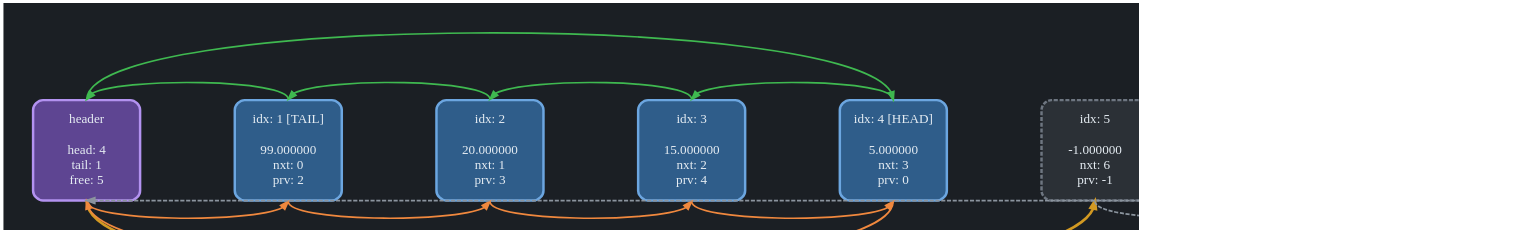
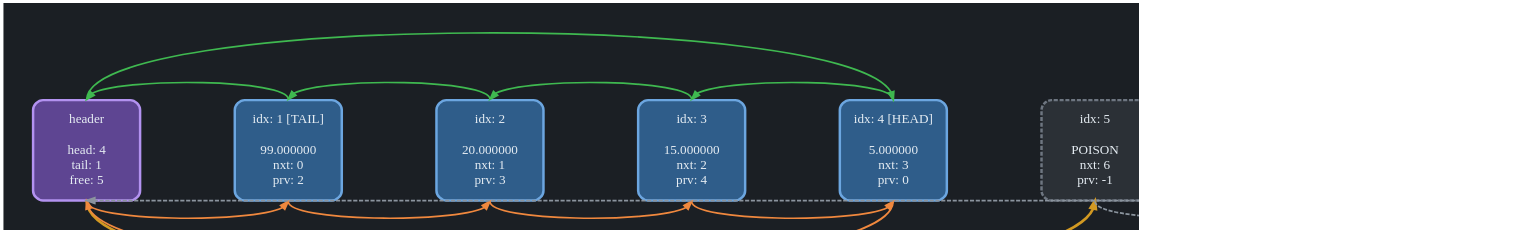
One commit to OkulovDmitry/Doubly-Linked-List changed the diagram in dot_of_dumps/dump3_arcs.dot. Above: the diagram before and after it, drawn with Graphviz. The commit also changed 15 other files, not shown here.

```diff
--- a/dot_of_dumps/dump3_arcs.dot
+++ b/dot_of_dumps/dump3_arcs.dot
@@ -1,35 +1,35 @@
 digraph list {
   graph [dpi=100, bgcolor="#1B1F24", splines=true, pad=0.5, nodesep=1.6, ranksep=1.5];
   node  [shape=rectangle, style="rounded,filled", fontcolor="#E6EDF3", fontsize=16, width=1.8, height=1.7, fixedsize=true, penwidth=3];
   edge  [penwidth=2, arrowsize=1.0];
   cell0 [fillcolor="#5e4592", color="#B392F0", label="header\n\nhead: 4\ntail: 1\nfree: 5"];
   cell1 [fillcolor="#2F5D8A", color="#6CA6E0", label="idx: 1 [TAIL]\n\n99.000000\nnxt: 0\nprv: 2"];
   cell2 [fillcolor="#2F5D8A", color="#6CA6E0", label="idx: 2\n\n20.000000\nnxt: 1\nprv: 3"];
   cell3 [fillcolor="#2F5D8A", color="#6CA6E0", label="idx: 3\n\n15.000000\nnxt: 2\nprv: 4"];
   cell4 [fillcolor="#2F5D8A", color="#6CA6E0", label="idx: 4 [HEAD]\n\n5.000000\nnxt: 3\nprv: 0"];
-  cell5 [fillcolor="#2B3036", color="#6E7681", style="rounded,filled,dashed", label="idx: 5\n\n-1.000000\nnxt: 6\nprv: -1"];
-  cell6 [fillcolor="#2B3036", color="#6E7681", style="rounded,filled,dashed", label="idx: 6\n\n-1.000000\nnxt: 7\nprv: -1"];
-  cell7 [fillcolor="#2B3036", color="#6E7681", style="rounded,filled,dashed", label="idx: 7\n\n-1.000000\nnxt: 0\nprv: -1"];
+  cell5 [fillcolor="#2B3036", color="#6E7681", style="rounded,filled,dashed", label="idx: 5\n\nPOISON\nnxt: 6\nprv: -1"];
+  cell6 [fillcolor="#2B3036", color="#6E7681", style="rounded,filled,dashed", label="idx: 6\n\nPOISON\nnxt: 7\nprv: -1"];
+  cell7 [fillcolor="#2B3036", color="#6E7681", style="rounded,filled,dashed", label="idx: 7\n\nPOISON\nnxt: 0\nprv: -1"];
   { rank=same; cell0; cell1; cell2; cell3; cell4; cell5; cell6; cell7; }
   cell0 -> cell1 [style=invis, weight=100];
   cell1 -> cell2 [style=invis, weight=100];
   cell2 -> cell3 [style=invis, weight=100];
   cell3 -> cell4 [style=invis, weight=100];
   cell4 -> cell5 [style=invis, weight=100];
   cell5 -> cell6 [style=invis, weight=100];
   cell6 -> cell7 [style=invis, weight=100];
   cell0:n -> cell4:n [color="#3FB950"];
   cell0:s -> cell1:s [color="#F0883E"];
   cell1:n -> cell0:n [color="#3FB950"];
   cell1:s -> cell2:s [color="#F0883E"];
   cell2:n -> cell1:n [color="#3FB950"];
   cell2:s -> cell3:s [color="#F0883E"];
   cell3:n -> cell2:n [color="#3FB950"];
   cell3:s -> cell4:s [color="#F0883E"];
   cell4:n -> cell3:n [color="#3FB950"];
   cell4:s -> cell0:s [color="#F0883E"];
   cell5:s -> cell6:s [color="#8B949E", style=dashed];
   cell6:s -> cell7:s [color="#8B949E", style=dashed];
   cell7:s -> cell0:s [color="#8B949E", style=dashed];
   cell0:s -> cell5:s [color="#D29922", penwidth=3, style=bold];
 }
```
